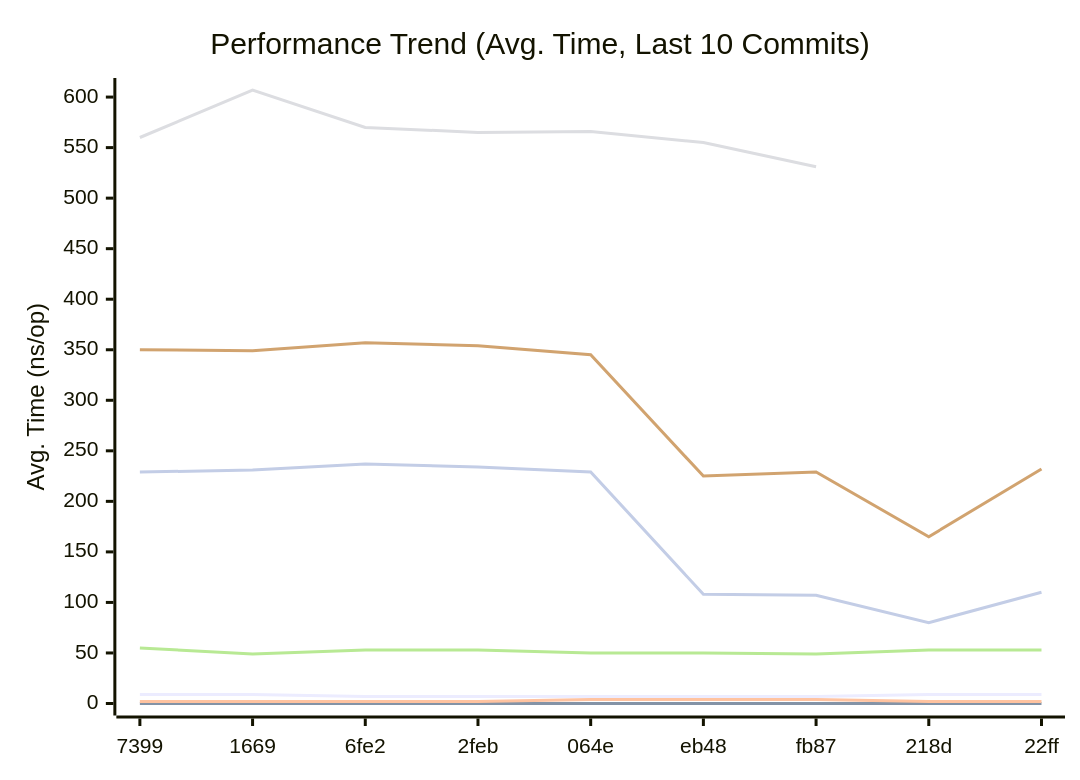
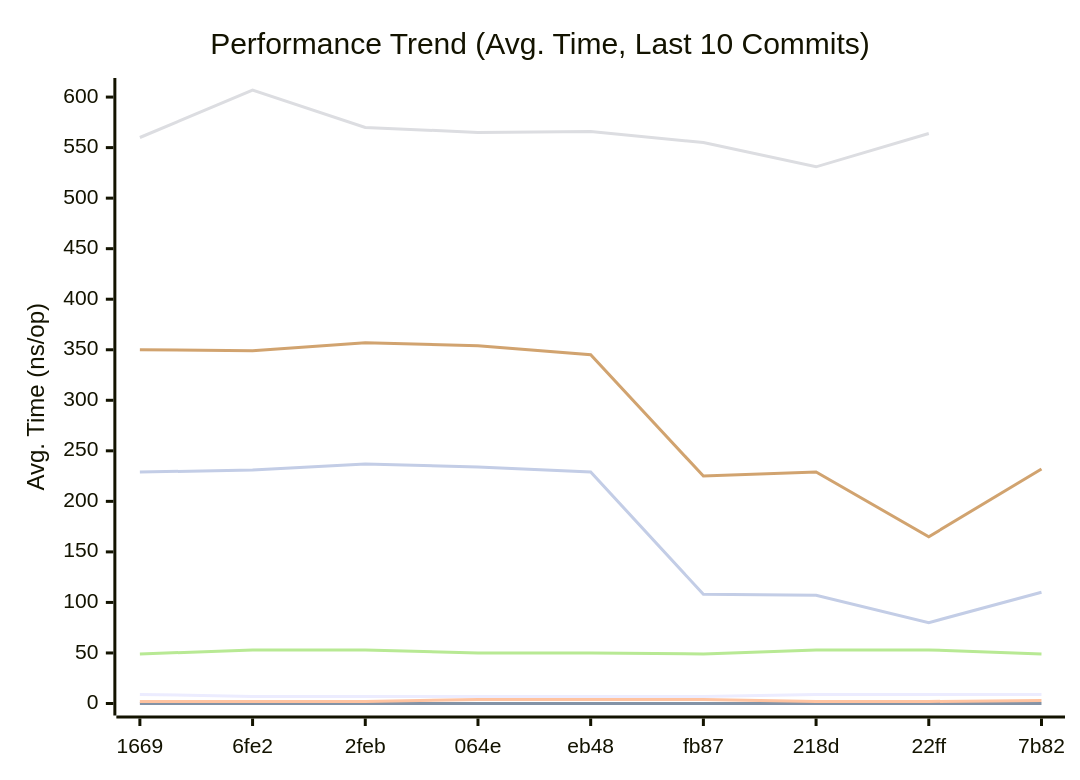
One commit to alsotoes/momo changed the first of 3 diagrams in doc/README.md. Above: the diagram before and after it, drawn with Mermaid. The commit also changed other lines of this file and 1 other file, not shown here.

````diff
--- a/doc/README.md
+++ b/doc/README.md
@@ -296,14 +296,14 @@
 ```mermaid
 xychart-beta
     title "Performance Trend (Avg. Time, Last 10 Commits)"
     x-axis "Commit"
     y-axis "Avg. Time (ns/op)"
-    x-axis [7399,1669,6fe2,2feb,064e,eb48,fb87,218d,22ff]
-    line "CheckMetricsAndSwap" [9,9,7,7,7,7,7,9,9,9]
+    x-axis [1669,6fe2,2feb,064e,eb48,fb87,218d,22ff,7b82]
+    line "CheckMetricsAndSwap" [9,7,7,7,7,7,9,9,9,9]
     line "IndexDirectTracking" [0,0,0,0,0,0,0,0,0,0]
-    line "IndexSearch" [2,2,2,2,4,4,4,2,2,3]
-    line "LoadGlobalConfig" [560,607,570,565,566,555,531]
-    line "PadString" [55,49,53,53,50,50,49,53,53,49]
+    line "IndexSearch" [2,2,2,4,4,4,2,2,3,2]
+    line "LoadGlobalConfig" [560,607,570,565,566,555,531,564]
+    line "PadString" [49,53,53,50,50,49,53,53,49,55]
     line "ParseReplicationOrder_NoPrealloc" [350,349,357,354,345,225,229,165,232,234]
     line "ParseReplicationOrder_Prealloc" [229,231,237,234,229,108,107,80,110,109]
 ```
````
